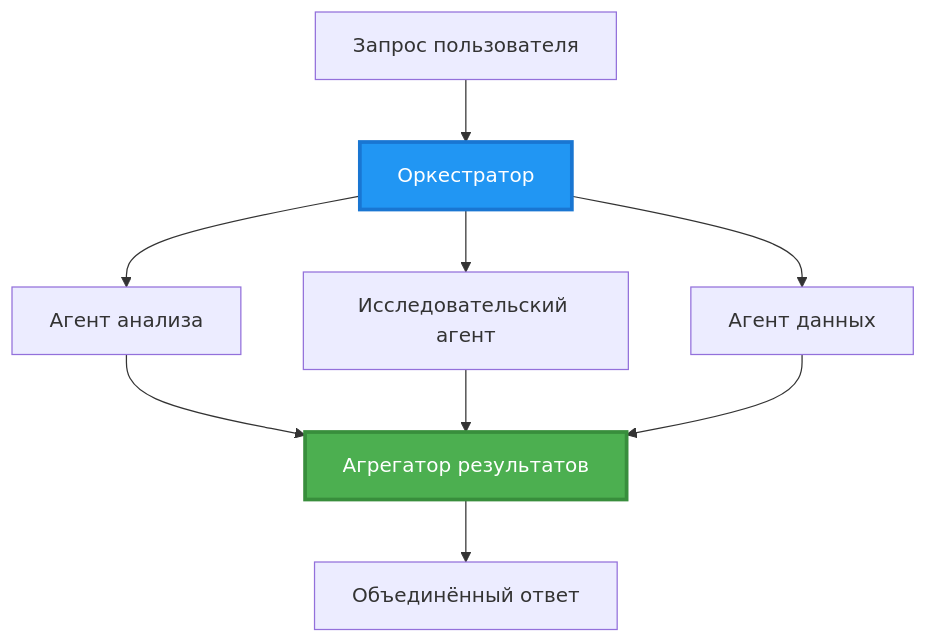
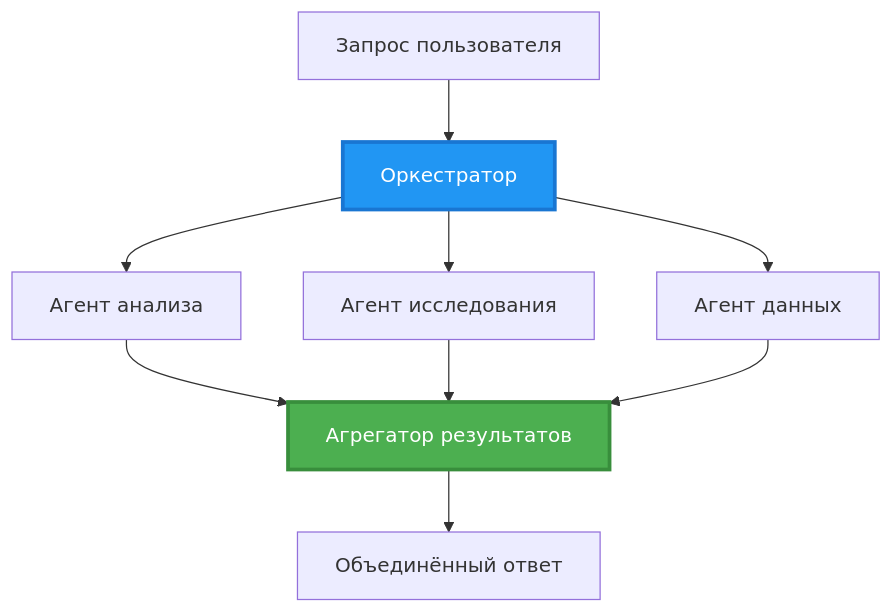
The second of 6 diagrams in translations/ru/docs/chapter-06-pre-deployment/coordination-patterns.md (microsoft/AZD-for-beginners), drawn with Mermaid before and after one commit. The commit also changed other lines of this file and 101 other files, not shown here.

````diff
--- a/translations/ru/docs/chapter-06-pre-deployment/coordination-patterns.md
+++ b/translations/ru/docs/chapter-06-pre-deployment/coordination-patterns.md
@@ -106,22 +100,22 @@
 ```mermaid
 graph TB
     User[Запрос пользователя]
     Orchestrator[Оркестратор]
     Agent1[Агент анализа]
-    Agent2[Исследовательский агент]
+    Agent2[Агент исследования]
     Agent3[Агент данных]
     Aggregator[Агрегатор результатов]
     Response[Объединённый ответ]
     
     User --> Orchestrator
     Orchestrator --> Agent1
     Orchestrator --> Agent2
     Orchestrator --> Agent3
     Agent1 --> Aggregator
     Agent2 --> Aggregator
     Agent3 --> Aggregator
     Aggregator --> Response
     
     style Orchestrator fill:#2196F3,stroke:#1976D2,stroke-width:3px,color:#fff
     style Aggregator fill:#4CAF50,stroke:#388E3C,stroke-width:3px,color:#fff
 ```
````
